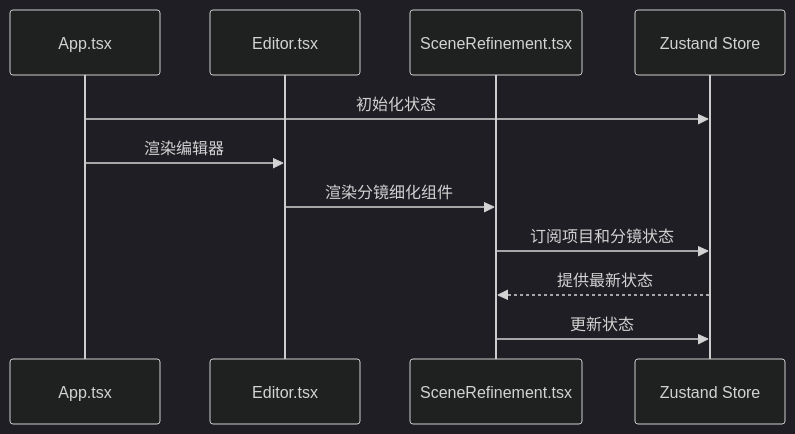
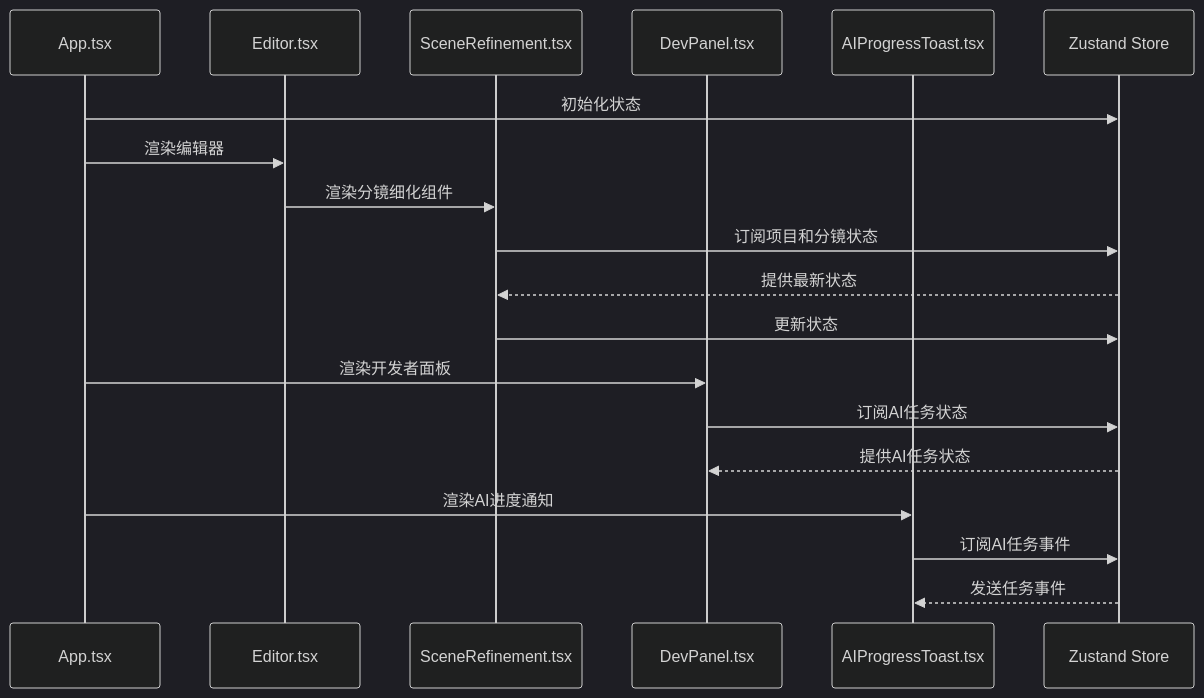
Before and after one commit to leonaiuv/aixsss: the third of 9 diagrams in .qoder/repowiki/zh/content/开发指南/开发指南.md, drawn with Mermaid (dark theme). The commit also changed other lines of this file and 5 other files, not shown here.

````diff
--- a/.qoder/repowiki/zh/content/开发指南/开发指南.md
+++ b/.qoder/repowiki/zh/content/开发指南/开发指南.md
@@ -133,13 +172,21 @@
 ```mermaid
 sequenceDiagram
 participant App as App.tsx
 participant Editor as Editor.tsx
 participant SceneRefinement as SceneRefinement.tsx
+participant DevPanel as DevPanel.tsx
+participant AIProgressToast as AIProgressToast.tsx
 participant Store as Zustand Store
 App->>Store : 初始化状态
 App->>Editor : 渲染编辑器
 Editor->>SceneRefinement : 渲染分镜细化组件
 SceneRefinement->>Store : 订阅项目和分镜状态
 Store-->>SceneRefinement : 提供最新状态
 SceneRefinement->>Store : 更新状态
+App->>DevPanel : 渲染开发者面板
+DevPanel->>Store : 订阅AI任务状态
+Store-->>DevPanel : 提供AI任务状态
+App->>AIProgressToast : 渲染AI进度通知
+AIProgressToast->>Store : 订阅AI任务事件
+Store-->>AIProgressToast : 发送任务事件
 ```
````
